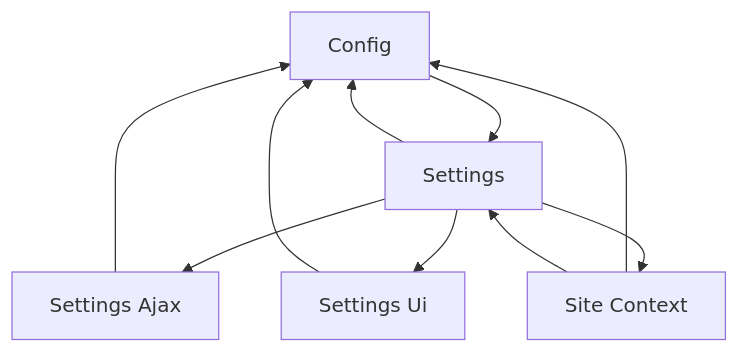
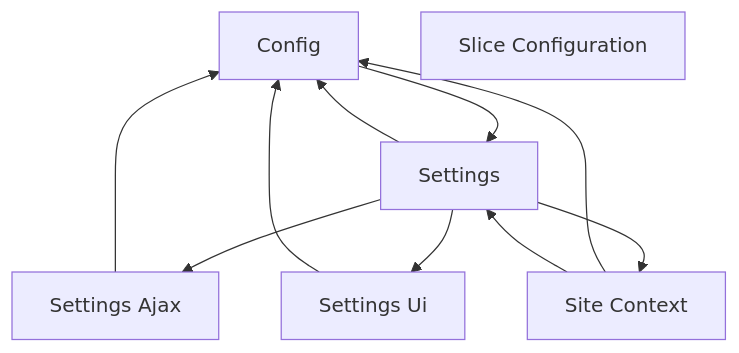
Diagram 17 of 19 in docs/feature-report.md (rpnunez/wp-ai-scheduler), drawn with Mermaid before and after one commit. The commit also changed other lines of this file and 1 other file, not shown here.

````diff
--- a/docs/feature-report.md
+++ b/docs/feature-report.md
@@ -843,24 +863,25 @@
 ```mermaid
 flowchart TD
     %% Configuration & Settings Architecture
 
     Config["Config"]
     Settings_AJAX["Settings Ajax"]
     Settings_UI["Settings Ui"]
     Settings["Settings"]
     Site_Context["Site Context"]
+    Slice_Configuration["Slice Configuration"]
 
     Config --> Settings
     Settings_AJAX --> Config
     Settings_UI --> Config
     Settings --> Config
     Settings --> Settings_AJAX
     Settings --> Settings_UI
     Settings --> Site_Context
     Site_Context --> Config
     Site_Context --> Settings
 
     classDef repository fill:#e1f5ff,stroke:#01579b,stroke-width:2px
     classDef service fill:#fff3e0,stroke:#e65100,stroke-width:2px
     classDef controller fill:#f3e5f5,stroke:#4a148c,stroke-width:2px
 ```
````
